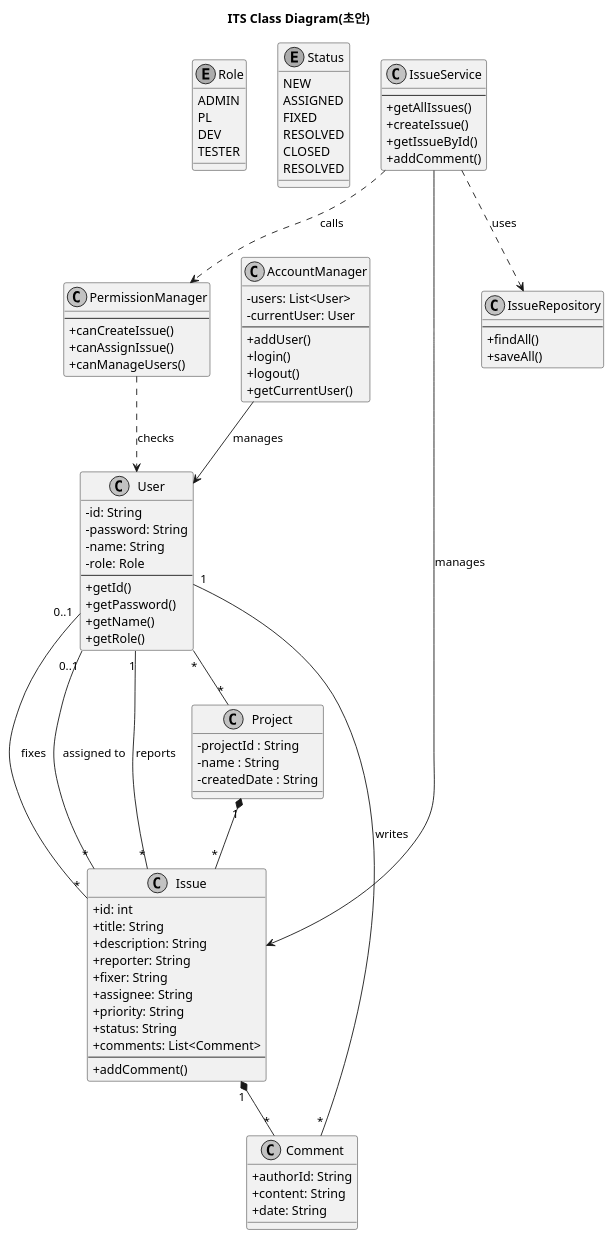
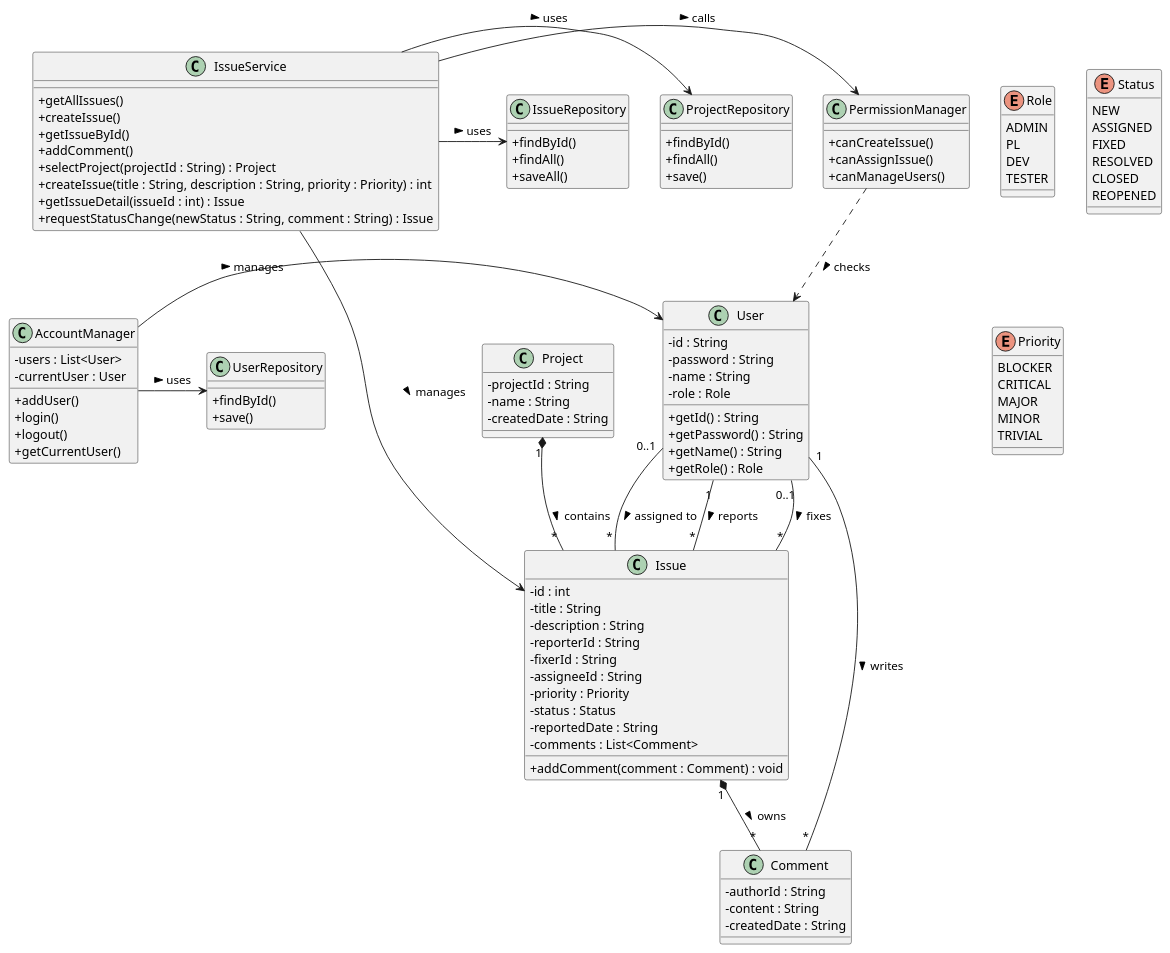
One commit to SoftwareEngineeringTeam10/SE-IssueTrackingSystem changed the diagram in docs/analysis/class_diagram/class_diagram_issue.puml. Above: the diagram before and after it, drawn with PlantUML. The commit also changed 15 other files, not shown here.

Commit message:
feat : ui-swing 모듈 분리, 클래스 다이어그램+OC 수정, repository에 클래스 추가

```diff
--- a/docs/analysis/class_diagram/class_diagram_issue.puml
+++ b/docs/analysis/class_diagram/class_diagram_issue.puml
@@ -1,122 +1,130 @@
 @startuml
 skinparam classAttributeIconSize 0
-skinparam monochrome true
-skinparam shadowing false
 
-title ITS Class Diagram(초안)
-
-' --- Enums ---
 enum Role {
     ADMIN
     PL
     DEV
     TESTER
 }
 
 enum Status {
     NEW
     ASSIGNED
     FIXED
     RESOLVED
     CLOSED
-    RESOLVED
+    REOPENED
 }
 
-' --- Entities ---
+enum Priority {
+    BLOCKER
+    CRITICAL
+    MAJOR
+    MINOR
+    TRIVIAL
+}
+
+class User {
+    - id : String
+    - password : String
+    - name : String
+    - role : Role
+    + getId() : String
+    + getPassword() : String
+    + getName() : String
+    + getRole() : Role
+}
+
 class Project {
     - projectId : String
     - name : String
     - createdDate : String
 }
 
 class Issue {
-    + id: int
-    + title: String
-    + description: String
-    + reporter: String
-    + fixer: String
-    + assignee: String
-    + priority: String
-    + status: String
-    + comments: List<Comment>
-    --
-    + addComment()
+    - id : int
+    - title : String
+    - description : String
+    - reporterId : String
+    - fixerId : String
+    - assigneeId : String
+    - priority : Priority
+    - status : Status
+    - reportedDate : String
+    - comments : List<Comment>
+    + addComment(comment : Comment) : void
 }
 
 class Comment {
-    + authorId: String
-    + content: String
-    + date: String
+    - authorId : String
+    - content : String
+    - createdDate : String
 }
 
-class User {
-    - id: String
-    - password: String
-    - name: String
-    - role: Role
-    --
-    + getId()
-    + getPassword()
-    + getName()
-    + getRole()
+class PermissionManager {
+    + canCreateIssue()
+    + canAssignIssue()
+    + canManageUsers()
 }
 
-' --- Managers & Logic ---
 class AccountManager {
-    - users: List<User>
-    - currentUser: User
-    --
+    - users : List<User>
+    - currentUser : User
     + addUser()
     + login()
     + logout()
     + getCurrentUser()
 }
 
-class PermissionManager {
-    --
-    + canCreateIssue()
-    + canAssignIssue()
-    + canManageUsers()
-}
-
 class IssueService {
-    --
     + getAllIssues()
     + createIssue()
     + getIssueById()
     + addComment()
+    + selectProject(projectId : String) : Project
+    + createIssue(title : String, description : String, priority : Priority) : int
+    + getIssueDetail(issueId : int) : Issue
+    + requestStatusChange(newStatus : String, comment : String) : Issue
+}
+
+class UserRepository {
+    + findById()
+    + save()
+}
+
+class ProjectRepository {
+    + findById()
+    + findAll()
+    + save()
 }
 
 class IssueRepository {
-    --
+    + findById()
     + findAll()
     + saveAll()
 }
 
-' --- Relationships ---
 
-' 1. Project가 Issue를 포함 (1 : *) - 최상위 계층
-Project "1" *-- "*" Issue
+' 필드로 상시 참조
+AccountManager -> User : manages >
+AccountManager -> UserRepository : uses >
+IssueService -> PermissionManager : calls >
+IssueService -> ProjectRepository : uses >
+IssueService -> IssueRepository : uses >
+IssueService -> Issue : manages >
 
-' 2. Issue가 Comment를 포함 (1 : *) - Composition
-Issue "1" *-- "*" Comment
+' 메서드 파라미터로 일시적 체크
+PermissionManager ..> User : checks >
 
-' 3. User와 Issue의 관계 (다중도 반영)
-User "1" -- "*" Issue : reports
-User "0..1" -- "*" Issue : assigned to
-User "0..1" -- "*" Issue : fixes
+' 엔티티 간 연관 관계
+User "0..1" -- "*" Issue : fixes >
+User "0..1" -- "*" Issue : assigned to >
+User "1" -- "*" Issue : reports >
+User "1" -- "*" Comment : writes >
 
-' 4. User와 Comment의 관계
-User "1" -- "*" Comment : writes
-' 5. User와 Project와의 관계
-User "*" -- "*" Project
+' 생명주기 종속 관계 (컴포지션)
+Project "1" *-- "*" Issue : contains >
+Issue "1" *-- "*" Comment : owns >
 
-' 6. 시스템 로직 연관 관계
-IssueService ..> PermissionManager : calls
-IssueService --> Issue : manages
-IssueService ..> IssueRepository : uses
-AccountManager --> User : manages
-PermissionManager ..> User : checks
-
-
-@enduml
+@endum
```
